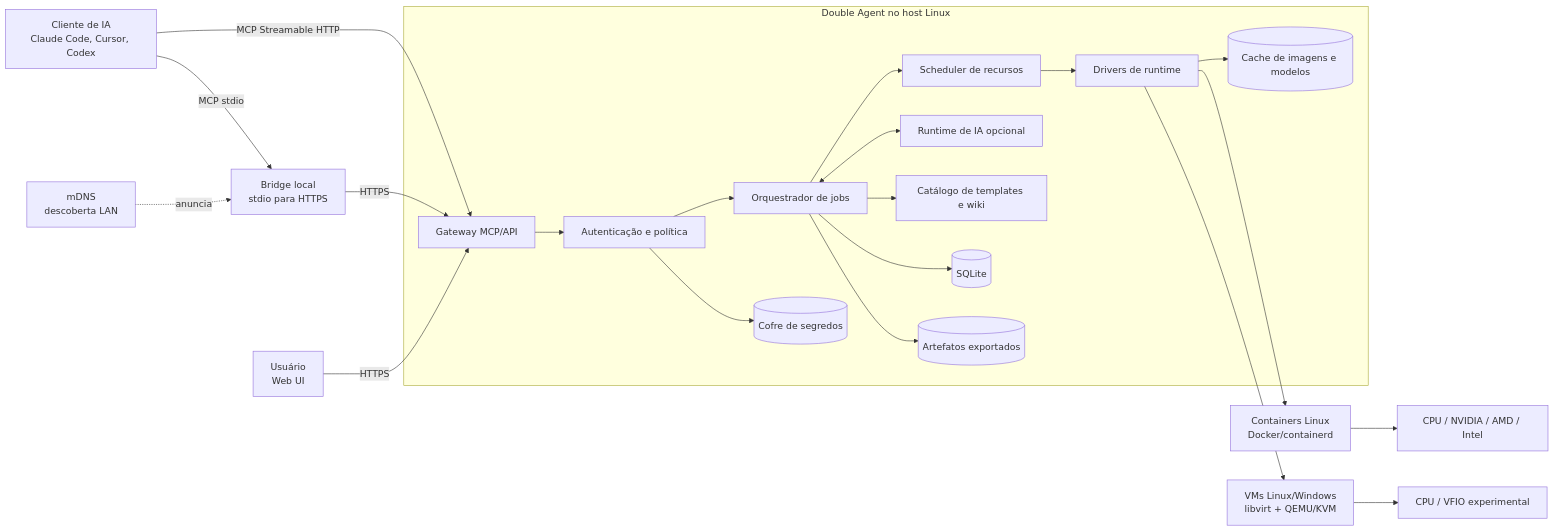
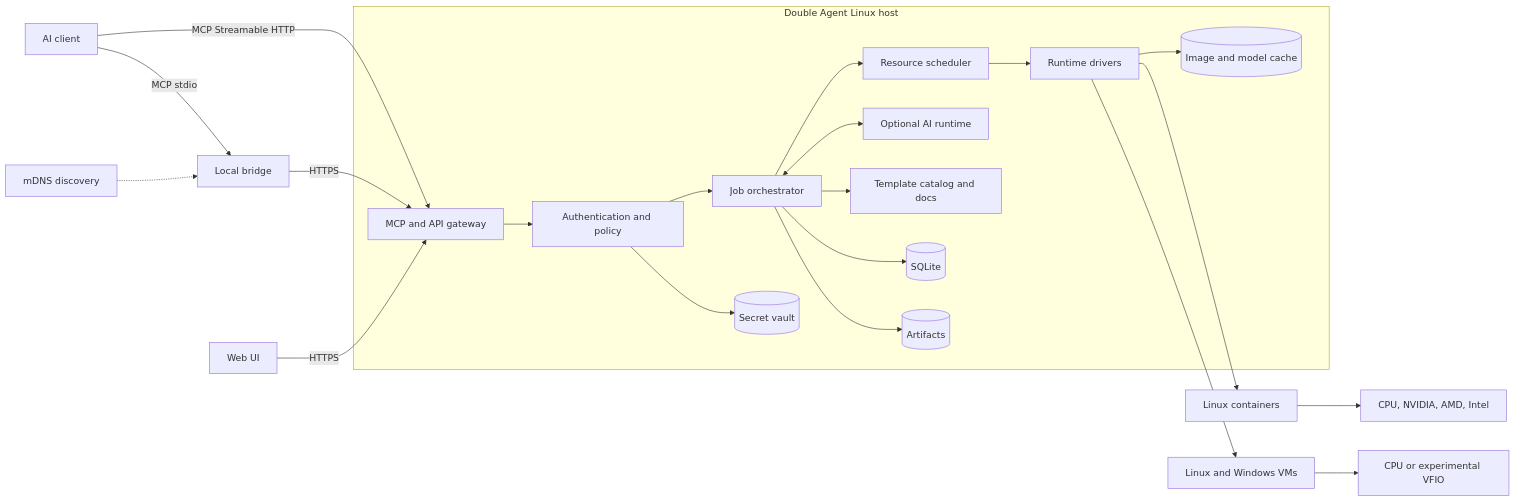
The diagram in docs/ARCHITECTURE.md (zarigata/double-agent), drawn with Mermaid before and after one commit. The commit also changed other lines of this file and 29 other files, not shown here.

````diff
--- a/docs/ARCHITECTURE.md
+++ b/docs/ARCHITECTURE.md
@@ -9,41 +9,33 @@
 ```mermaid
 flowchart LR
-    C[Cliente de IA<br/>Claude Code, Cursor, Codex]
-    B[Bridge local<br/>stdio para HTTPS]
-    H[Usuário<br/>Web UI]
-    D[mDNS<br/>descoberta LAN]
-
-    C -->|MCP Streamable HTTP| G
-    C -->|MCP stdio| B
+    C[AI client] -->|MCP Streamable HTTP| G
+    C -->|MCP stdio| B[Local bridge]
     B -->|HTTPS| G
-    H -->|HTTPS| G
-    D -. anuncia .-> B
-
-    subgraph DA[Double Agent no host Linux]
-      G[Gateway MCP/API]
-      A[Autenticação e política]
-      J[Orquestrador de jobs]
-      S[Scheduler de recursos]
-      W[Runtime de IA opcional]
-      T[Catálogo de templates e wiki]
-      R[Drivers de runtime]
+    H[Web UI] -->|HTTPS| G
+    D[mDNS discovery] -.-> B
+    subgraph Host[Double Agent Linux host]
+      G[MCP and API gateway]
+      A[Authentication and policy]
+      J[Job orchestrator]
+      S[Resource scheduler]
+      W[Optional AI runtime]
+      T[Template catalog and docs]
+      R[Runtime drivers]
       DB[(SQLite)]
-      SE[(Cofre de segredos)]
-      CA[(Cache de imagens e modelos)]
-      AR[(Artefatos exportados)]
-
+      SE[(Secret vault)]
+      CA[(Image and model cache)]
+      AR[(Artifacts)]
       G --> A --> J
       J --> S --> R
       J <--> W
       J --> T
       J --> DB
       A --> SE
       R --> CA
       J --> AR
     end
-
-    R --> DC[Containers Linux<br/>Docker/containerd]
-    R --> VM[VMs Linux/Windows<br/>libvirt + QEMU/KVM]
-    DC --> GPU[CPU / NVIDIA / AMD / Intel]
-    VM --> VFIO[CPU / VFIO experimental]
+    R --> DC[Linux containers]
+    R --> VM[Linux and Windows VMs]
+    DC --> GPU[CPU, NVIDIA, AMD, Intel]
+    VM --> VFIO[CPU or experimental VFIO]
 ```
````
